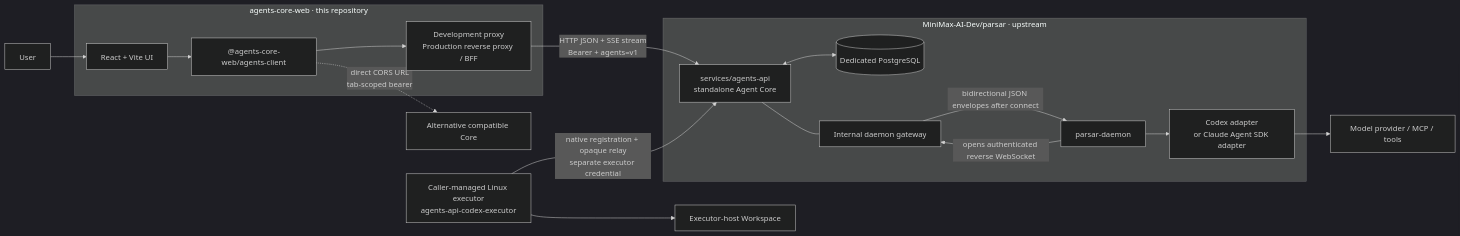
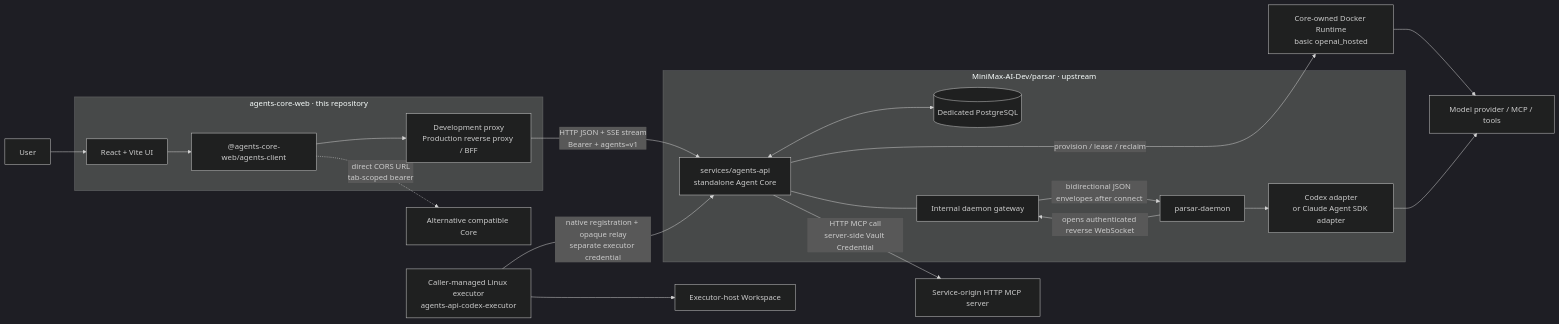
The first of 2 diagrams in docs/architecture.md (MiniMax-AI-Dev/agents-core-web), drawn with Mermaid (dark theme) before and after one commit. The commit also changed other lines of this file and 112 other files, not shown here.

````diff
--- a/docs/architecture.md
+++ b/docs/architecture.md
@@ -29,36 +29,41 @@
 ```mermaid
 flowchart LR
   user["User"]
 
   subgraph webrepo["agents-core-web · this repository"]
     ui["React + Vite UI"]
     client["@agents-core-web/agents-client"]
     boundary["Development proxy<br/>Production reverse proxy / BFF"]
     ui --> client --> boundary
   end
 
   subgraph parsarrepo["MiniMax-AI-Dev/parsar · upstream"]
     core["services/agents-api<br/>standalone Agent Core"]
     db[("Dedicated PostgreSQL")]
     gateway["Internal daemon gateway"]
     daemon["parsar-daemon"]
     adapter["Codex adapter<br/>or Claude Agent SDK adapter"]
 
     core <--> db
     core --- gateway
     daemon -->|"opens authenticated reverse WebSocket"| gateway
     gateway -->|"bidirectional JSON envelopes after connect"| daemon
     daemon --> adapter
   end
 
   compatible["Alternative compatible Core"]
   executor["Caller-managed Linux executor<br/>agents-api-codex-executor"]
   workspace["Executor-host Workspace"]
+  managed["Core-owned Docker Runtime<br/>basic openai_hosted"]
+  serviceMcp["Service-origin HTTP MCP server"]
   native["Model provider / MCP / tools"]
   user --> ui
   boundary -->|"HTTP JSON + SSE stream<br/>Bearer + agents=v1"| core
   client -. "direct CORS URL<br/>tab-scoped bearer" .-> compatible
   executor -->|"native registration + opaque relay<br/>separate executor credential"| core
   executor --> workspace
+  core -->|"provision / lease / reclaim"| managed
+  managed --> native
+  core -->|"HTTP MCP call<br/>server-side Vault Credential"| serviceMcp
   adapter --> native
 ```
````
